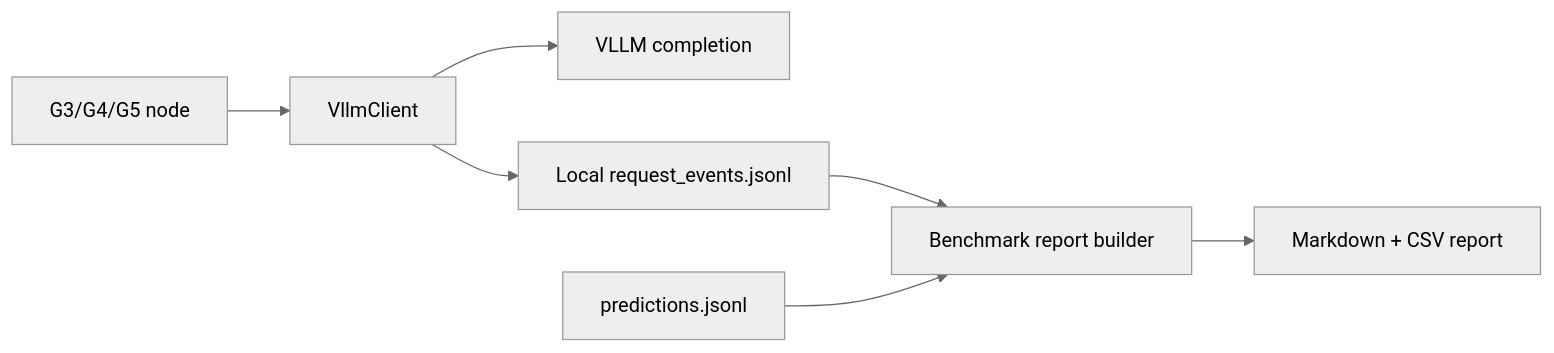
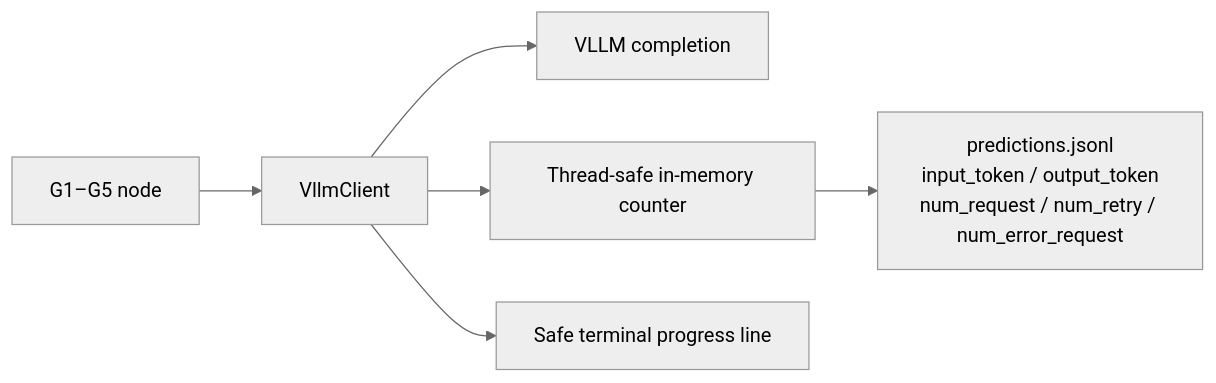
Diagram 13 of 13 in docs/system-architecture.md (thang1908/ai-golden-dataset-engine), drawn with Mermaid (neutral theme) before and after one commit. The commit also changed other lines of this file and 32 other files, not shown here.

````diff
--- a/docs/system-architecture.md
+++ b/docs/system-architecture.md
@@ -353,9 +353,8 @@
 ```mermaid
 flowchart LR
-  N["G3/G4/G5 node"] --> C["VllmClient"]
+  N["G1–G5 node"] --> C["VllmClient"]
   C --> V["VLLM completion"]
-  C --> T["Local request_events.jsonl"]
-  T --> B["Benchmark report builder"]
-  P["predictions.jsonl"] --> B
-  B --> R["Markdown + CSV report"]
+  C --> T["Thread-safe in-memory counter"]
+  T --> P["predictions.jsonl\ninput_token / output_token\nnum_request / num_retry / num_error_request"]
+  C --> L["Safe terminal progress line"]
 ```
````
